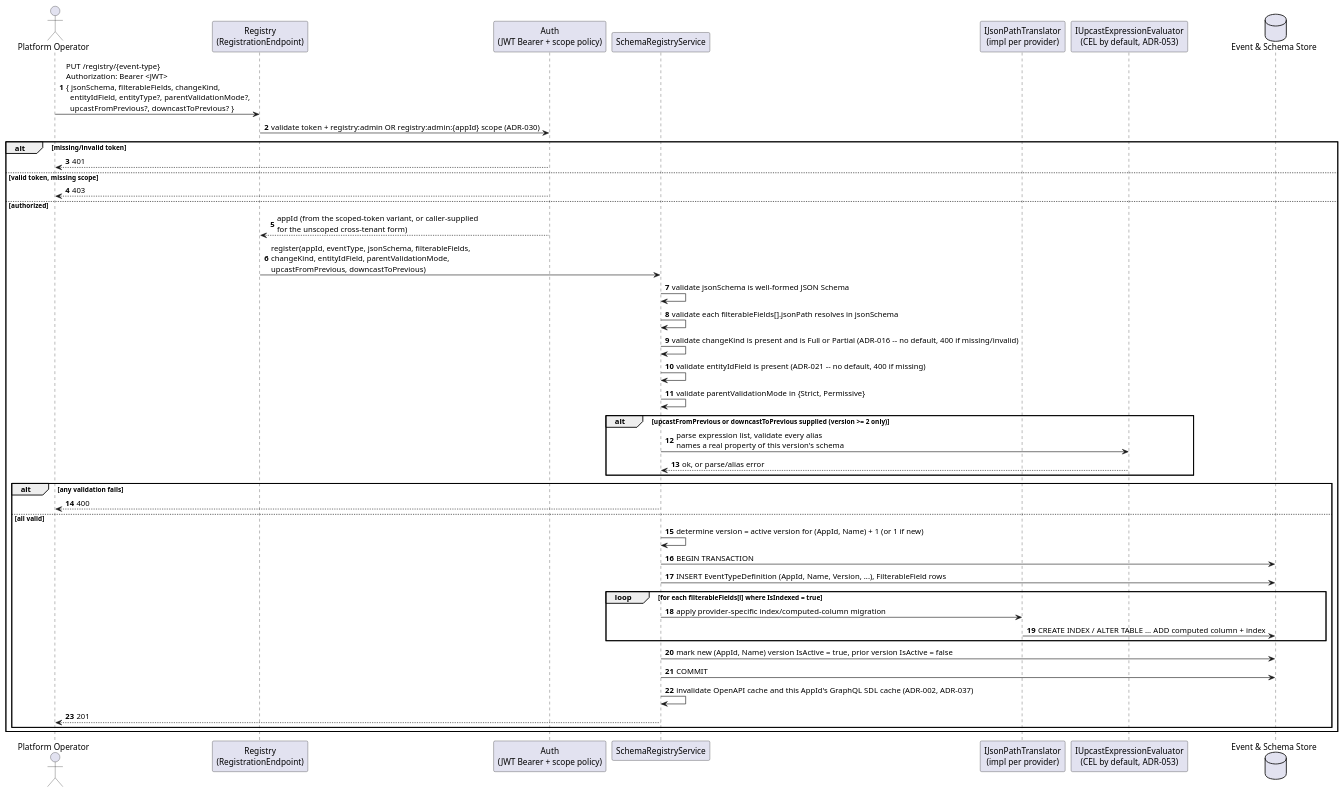
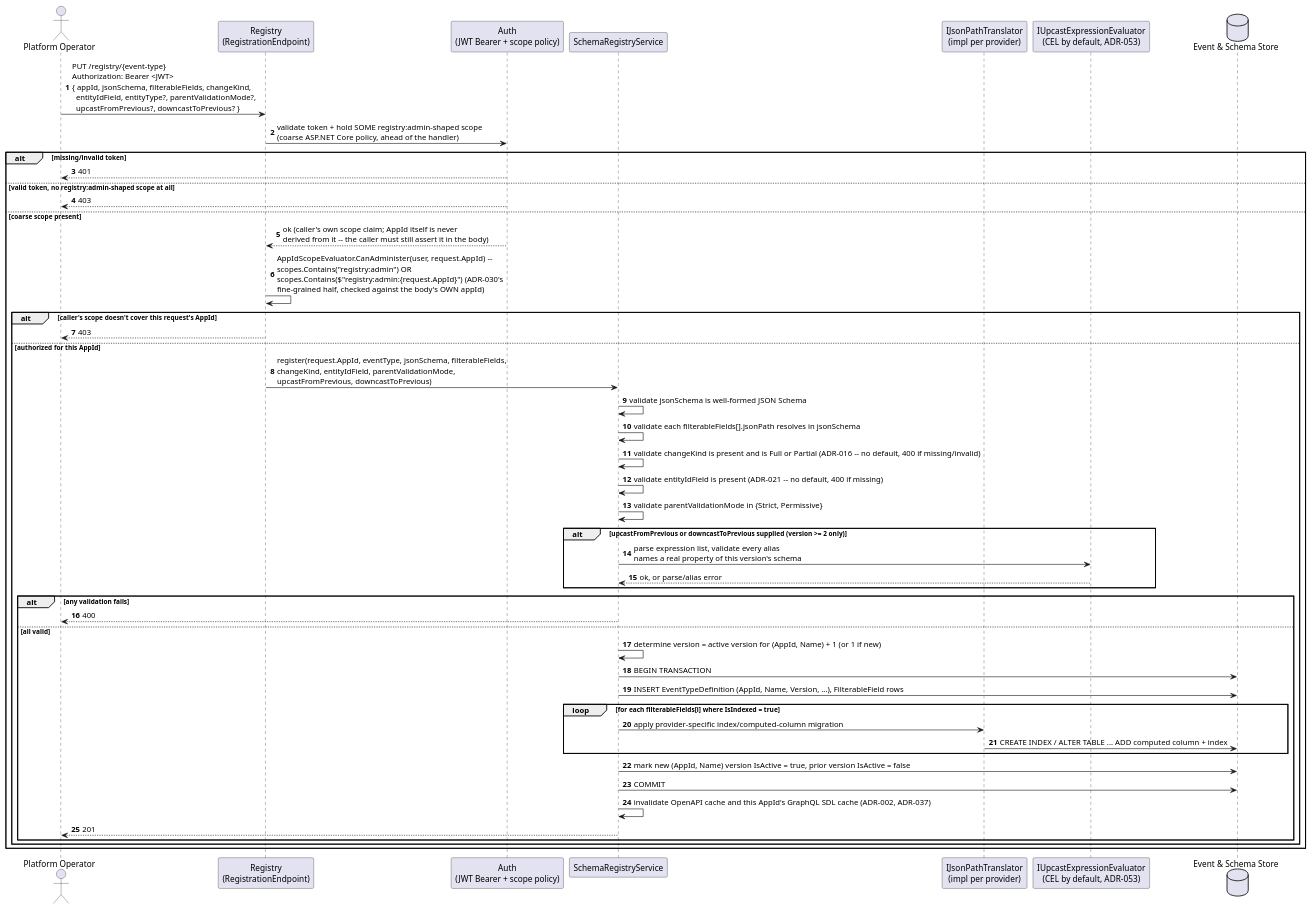
The first of 2 diagrams in docs/features/schema-registry.md (Mwwhited-BookLearning/EventSourcing), drawn with PlantUML before and after one commit. The commit also changed other lines of this file and 46 other files, not shown here.

First line of the commit message:
Align all design docs with the actual implementation (full audit, items 1-39)

````diff
--- a/docs/features/schema-registry.md
+++ b/docs/features/schema-registry.md
@@ -37,47 +46,52 @@
 ```plantuml
 @startuml SchemaRegistry_Sequence
 autonumber
 actor "Platform Operator" as operator
 participant "Registry\n(RegistrationEndpoint)" as endpoint
 participant "Auth\n(JWT Bearer + scope policy)" as auth
 participant "SchemaRegistryService" as registry
 participant "IJsonPathTranslator\n(impl per provider)" as jsonPath
 participant "IUpcastExpressionEvaluator\n(CEL by default, ADR-053)" as evaluator
 database "Event & Schema Store" as db
 
-operator -> endpoint: PUT /registry/{event-type}\nAuthorization: Bearer <JWT>\n{ jsonSchema, filterableFields, changeKind,\n  entityIdField, entityType?, parentValidationMode?,\n  upcastFromPrevious?, downcastToPrevious? }
-endpoint -> auth: validate token + registry:admin OR registry:admin:{appId} scope (ADR-030)
+operator -> endpoint: PUT /registry/{event-type}\nAuthorization: Bearer <JWT>\n{ appId, jsonSchema, filterableFields, changeKind,\n  entityIdField, entityType?, parentValidationMode?,\n  upcastFromPrevious?, downcastToPrevious? }
+endpoint -> auth: validate token + hold SOME registry:admin-shaped scope\n(coarse ASP.NET Core policy, ahead of the handler)
 alt missing/invalid token
   auth --> operator: 401
-else valid token, missing scope
+else valid token, no registry:admin-shaped scope at all
   auth --> operator: 403
-else authorized
-  auth --> endpoint: appId (from the scoped-token variant, or caller-supplied\nfor the unscoped cross-tenant form)
-  endpoint -> registry: register(appId, eventType, jsonSchema, filterableFields,\nchangeKind, entityIdField, parentValidationMode,\nupcastFromPrevious, downcastToPrevious)
-  registry -> registry: validate jsonSchema is well-formed JSON Schema
-  registry -> registry: validate each filterableFields[].jsonPath resolves in jsonSchema
-  registry -> registry: validate changeKind is present and is Full or Partial (ADR-016 -- no default, 400 if missing/invalid)
-  registry -> registry: validate entityIdField is present (ADR-021 -- no default, 400 if missing)
-  registry -> registry: validate parentValidationMode in {Strict, Permissive}
-  alt upcastFromPrevious or downcastToPrevious supplied (version >= 2 only)
-    registry -> evaluator: parse expression list, validate every alias\nnames a real property of this version's schema
-    evaluator --> registry: ok, or parse/alias error
-  end
-  alt any validation fails
-    registry --> operator: 400
-  else all valid
-    registry -> registry: determine version = active version for (AppId, Name) + 1 (or 1 if new)
-    registry -> db: BEGIN TRANSACTION
-    registry -> db: INSERT EventTypeDefinition (AppId, Name, Version, ...), FilterableField rows
-    loop for each filterableFields[i] where IsIndexed = true
-      registry -> jsonPath: apply provider-specific index/computed-column migration
-      jsonPath -> db: CREATE INDEX / ALTER TABLE ... ADD computed column + index
+else coarse scope present
+  auth --> endpoint: ok (caller's own scope claim; AppId itself is never\nderived from it -- the caller must still assert it in the body)
+  endpoint -> endpoint: AppIdScopeEvaluator.CanAdminister(user, request.AppId) --\nscopes.Contains("registry:admin") OR\nscopes.Contains($"registry:admin:{request.AppId}") (ADR-030's\nfine-grained half, checked against the body's OWN appId)
+  alt caller's scope doesn't cover this request's AppId
+    endpoint --> operator: 403
+  else authorized for this AppId
+    endpoint -> registry: register(request.AppId, eventType, jsonSchema, filterableFields,\nchangeKind, entityIdField, parentValidationMode,\nupcastFromPrevious, downcastToPrevious)
+    registry -> registry: validate jsonSchema is well-formed JSON Schema
+    registry -> registry: validate each filterableFields[].jsonPath resolves in jsonSchema
+    registry -> registry: validate changeKind is present and is Full or Partial (ADR-016 -- no default, 400 if missing/invalid)
+    registry -> registry: validate entityIdField is present (ADR-021 -- no default, 400 if missing)
+    registry -> registry: validate parentValidationMode in {Strict, Permissive}
+    alt upcastFromPrevious or downcastToPrevious supplied (version >= 2 only)
+      registry -> evaluator: parse expression list, validate every alias\nnames a real property of this version's schema
+      evaluator --> registry: ok, or parse/alias error
     end
-    registry -> db: mark new (AppId, Name) version IsActive = true, prior version IsActive = false
-    registry -> db: COMMIT
-    registry -> registry: invalidate OpenAPI cache and this AppId's GraphQL SDL cache (ADR-002, ADR-037)
-    registry --> operator: 201
+    alt any validation fails
+      registry --> operator: 400
+    else all valid
+      registry -> registry: determine version = active version for (AppId, Name) + 1 (or 1 if new)
+      registry -> db: BEGIN TRANSACTION
+      registry -> db: INSERT EventTypeDefinition (AppId, Name, Version, ...), FilterableField rows
+      loop for each filterableFields[i] where IsIndexed = true
+        registry -> jsonPath: apply provider-specific index/computed-column migration
+        jsonPath -> db: CREATE INDEX / ALTER TABLE ... ADD computed column + index
+      end
+      registry -> db: mark new (AppId, Name) version IsActive = true, prior version IsActive = false
+      registry -> db: COMMIT
+      registry -> registry: invalidate OpenAPI cache and this AppId's GraphQL SDL cache (ADR-002, ADR-037)
+      registry --> operator: 201
+    end
   end
 end
 @enduml
 ```
````
